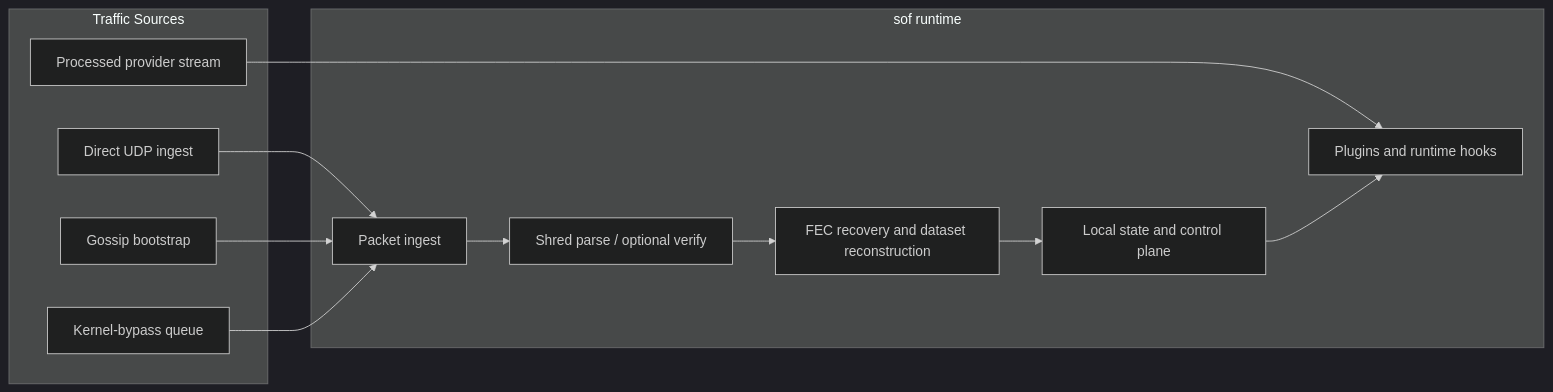
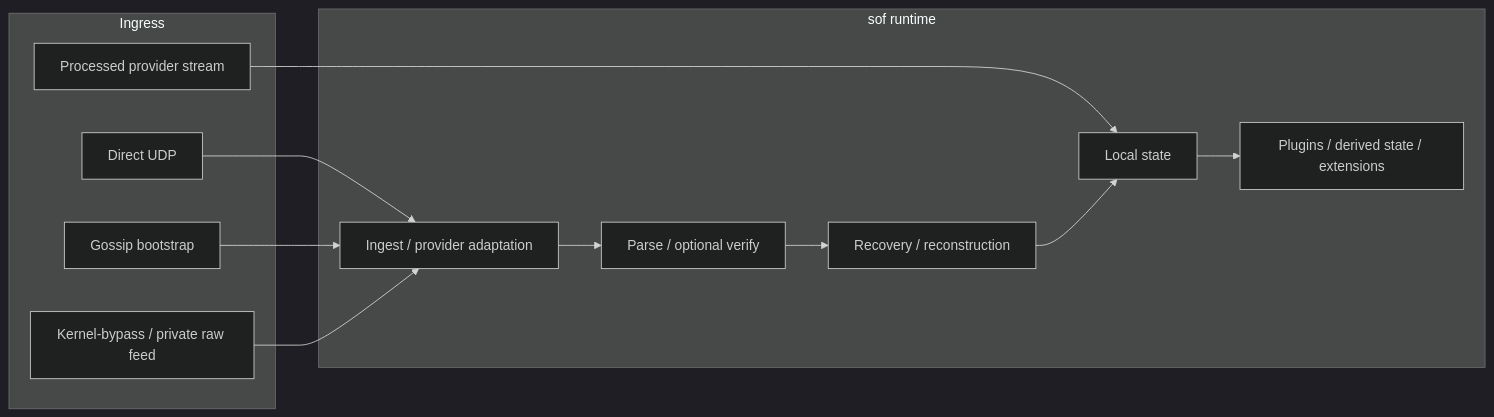
Before and after one commit to Lythaeon/sof: the diagram in docs/gitbook/architecture/system-overview.md, drawn with Mermaid (dark theme). The commit also changed other lines of this file and 25 other files, not shown here.

```diff
--- a/docs/gitbook/architecture/system-overview.md
+++ b/docs/gitbook/architecture/system-overview.md
@@ -10,23 +7,23 @@
 <div class="mermaid">
 flowchart LR
-    subgraph Sources["Traffic Sources"]
-        UDP["Direct UDP ingest"]
+    subgraph Sources["Ingress"]
+        UDP["Direct UDP"]
         GOSSIP["Gossip bootstrap"]
-        KB["Kernel-bypass queue"]
+        KB["Kernel-bypass / private raw feed"]
         PROVIDER["Processed provider stream"]
     end
 
     subgraph Runtime["sof runtime"]
-        INGEST["Packet ingest"]
-        PARSE["Shred parse / optional verify"]
-        FEC["FEC recovery and dataset reconstruction"]
-        STATE["Local state and control plane"]
-        HOOKS["Plugins and runtime hooks"]
+        INGEST["Ingest / provider adaptation"]
+        PARSE["Parse / optional verify"]
+        FEC["Recovery / reconstruction"]
+        STATE["Local state"]
+        HOOKS["Plugins / derived state / extensions"]
     end
 
     UDP --> INGEST
     GOSSIP --> INGEST
     KB --> INGEST
-    PROVIDER --> HOOKS
+    PROVIDER --> STATE
     INGEST --> PARSE --> FEC --> STATE --> HOOKS
 </div>
```
